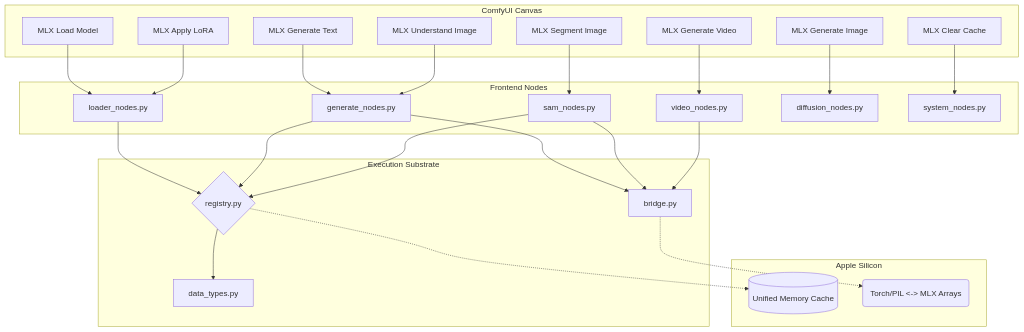
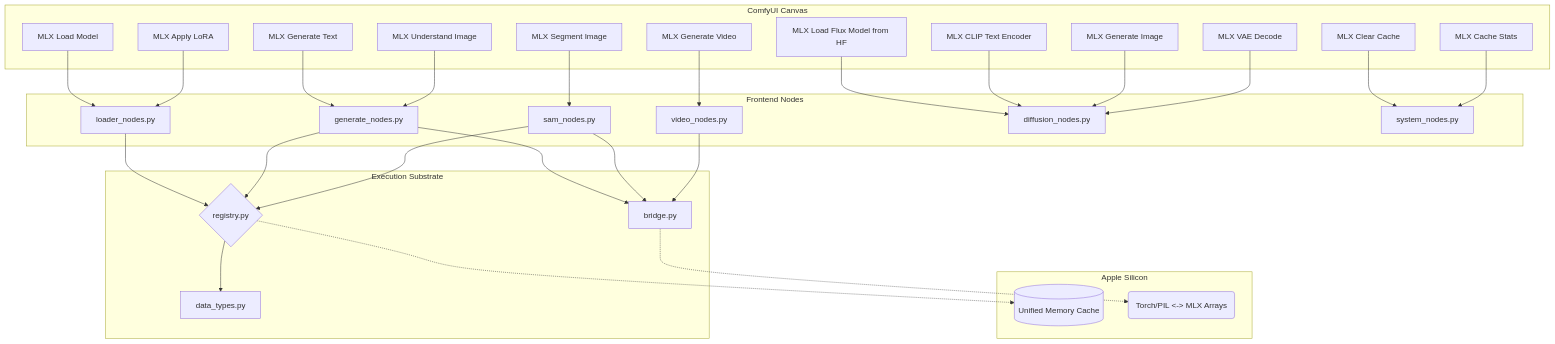
Before and after one commit to PrinceJonaa/ComfyUI-MLX-Universal: the diagram in README.md, drawn with Mermaid. The commit also changed 7 other files, not shown here.

````diff
--- a/README.md
+++ b/README.md
@@ -71,41 +71,49 @@
 ```mermaid
 graph TD
     subgraph ComfyUI Canvas
         UI_Load[MLX Load Model]
         UI_LoRA[MLX Apply LoRA]
         UI_GenText[MLX Generate Text]
         UI_VLM[MLX Understand Image]
         UI_SAM[MLX Segment Image]
         UI_Vid[MLX Generate Video]
+        UI_LoadFlux[MLX Load Flux Model from HF]
+        UI_ClipEnc[MLX CLIP Text Encoder]
         UI_Diff[MLX Generate Image]
+        UI_Decode[MLX VAE Decode]
         UI_Sys[MLX Clear Cache]
+        UI_Stats[MLX Cache Stats]
     end
 
     subgraph nodes/ [Frontend Nodes]
         UI_Load --> LN[loader_nodes.py]
         UI_LoRA --> LN
         UI_GenText --> GN[generate_nodes.py]
         UI_VLM --> GN
         UI_SAM --> SN[sam_nodes.py]
         UI_Vid --> VN[video_nodes.py]
-        UI_Diff --> DN[diffusion_nodes.py]
+        UI_LoadFlux --> DN[diffusion_nodes.py]
+        UI_ClipEnc --> DN
+        UI_Diff --> DN
+        UI_Decode --> DN
         UI_Sys --> SysN[system_nodes.py]
+        UI_Stats --> SysN
     end
 
     subgraph runtime/ [Execution Substrate]
         LN --> Reg{registry.py}
         GN --> Reg
         SN --> Reg
         
         GN --> Bridge[bridge.py]
         SN --> Bridge
         VN --> Bridge
         
         Reg --> Data[data_types.py]
     end
     
     subgraph Apple Silicon
         Reg -.-> Unified_Memory[(Unified Memory Cache)]
         Bridge -.-> Tensors(Torch/PIL <-> MLX Arrays)
     end
 ```
````
